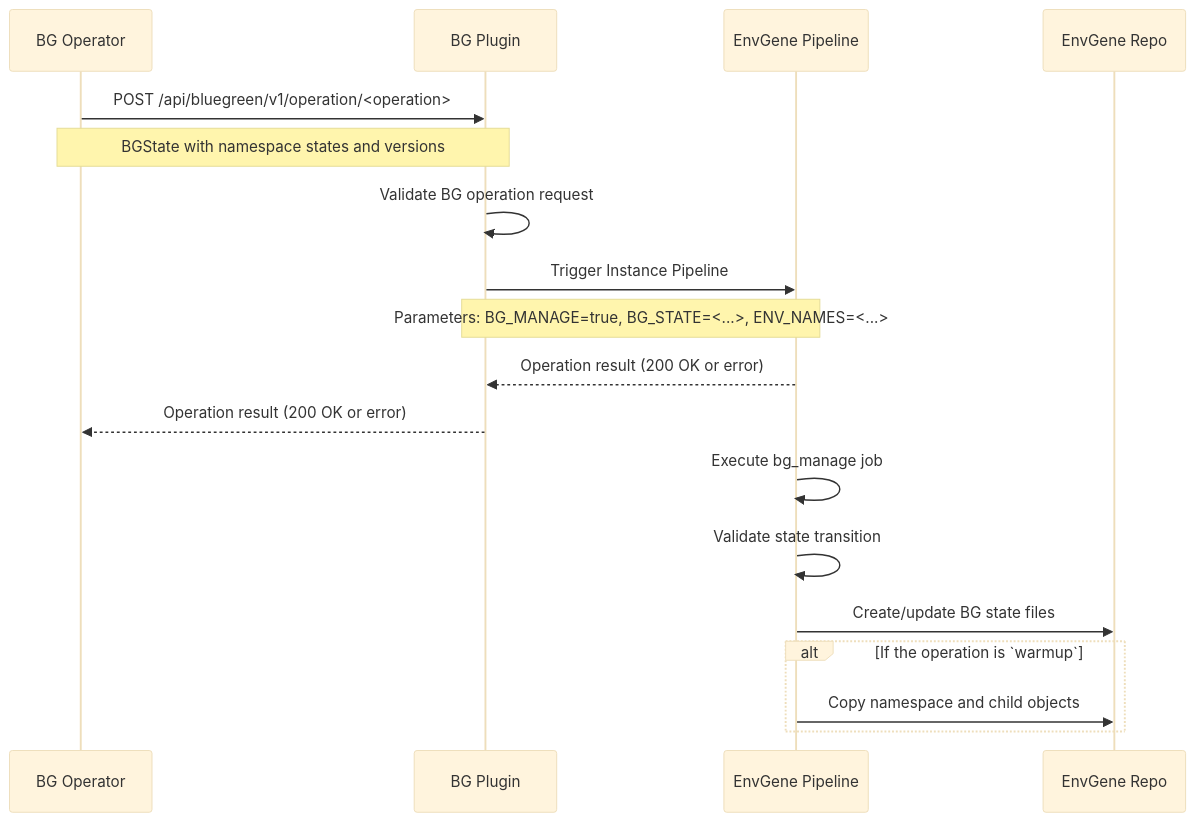
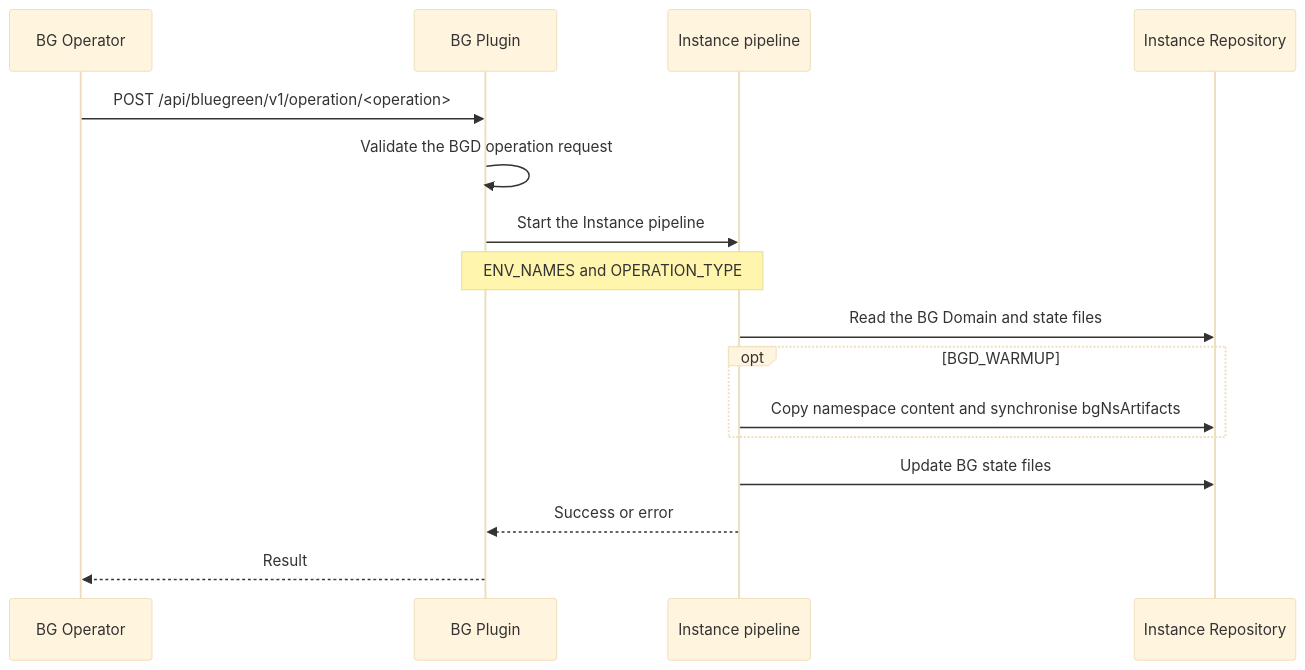
Before and after one commit to Netcracker/qubership-envgene: the first of 3 diagrams in docs/features/blue-green-deployment.md, drawn with Mermaid (base theme). The commit also changed other lines of this file and 12 other files, not shown here.

````diff
--- a/docs/features/blue-green-deployment.md
+++ b/docs/features/blue-green-deployment.md
@@ -47,26 +82,20 @@
 ```mermaid
 sequenceDiagram
     participant BGO as BG Operator
     participant BGP as BG Plugin
-    participant EGP as EnvGene Pipeline
-    participant EGR as EnvGene Repo
+    participant EGP as Instance pipeline
+    participant EGR as Instance Repository
 
     BGO->>BGP: POST /api/bluegreen/v1/operation/<operation>
-    Note over BGO,BGP: BGState with namespace states and versions
+    BGP->>BGP: Validate the BGD operation request
+    BGP->>EGP: Start the Instance pipeline
+    Note over BGP,EGP: ENV_NAMES and OPERATION_TYPE
 
-    BGP->>BGP: Validate BG operation request
-    BGP->>EGP: Trigger Instance Pipeline
-    Note over BGP,EGP: Parameters: BG_MANAGE=true, BG_STATE=<...>, ENV_NAMES=<...>
-    EGP-->>BGP: Operation result (200 OK or error)
-    BGP-->>BGO: Operation result (200 OK or error)
-
-    EGP->>EGP: Execute bg_manage job
-
-    EGP->>EGP: Validate state transition
-
-    EGP->>EGR: Create/update BG state files
-
-    alt If the operation is `warmup`
-        EGP->>EGR: Copy namespace and child objects
+    EGP->>EGR: Read the BG Domain and state files
+    opt BGD_WARMUP
+        EGP->>EGR: Copy namespace content and synchronise bgNsArtifacts
     end
+    EGP->>EGR: Update BG state files
+    EGP-->>BGP: Success or error
+    BGP-->>BGO: Result
 ```
````
